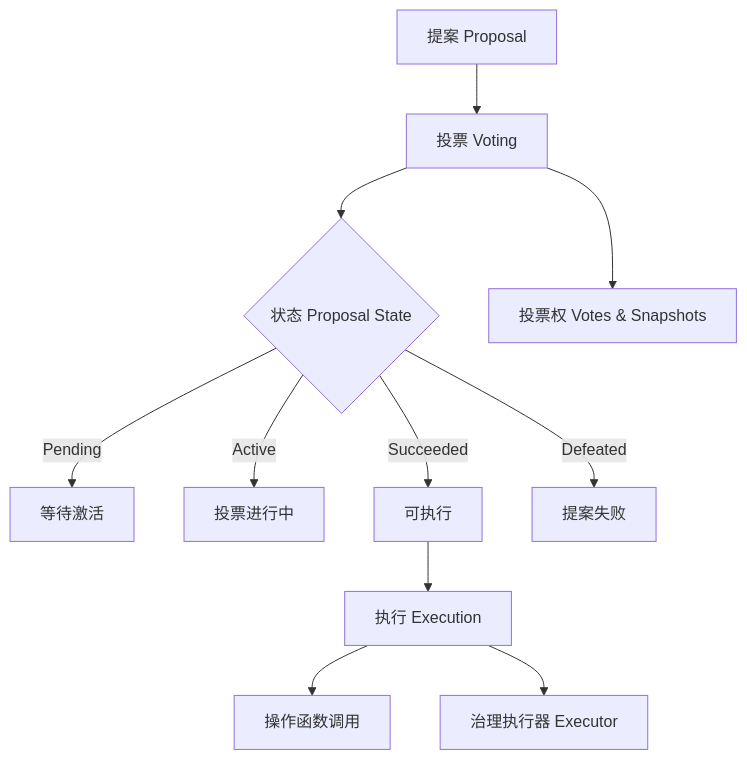
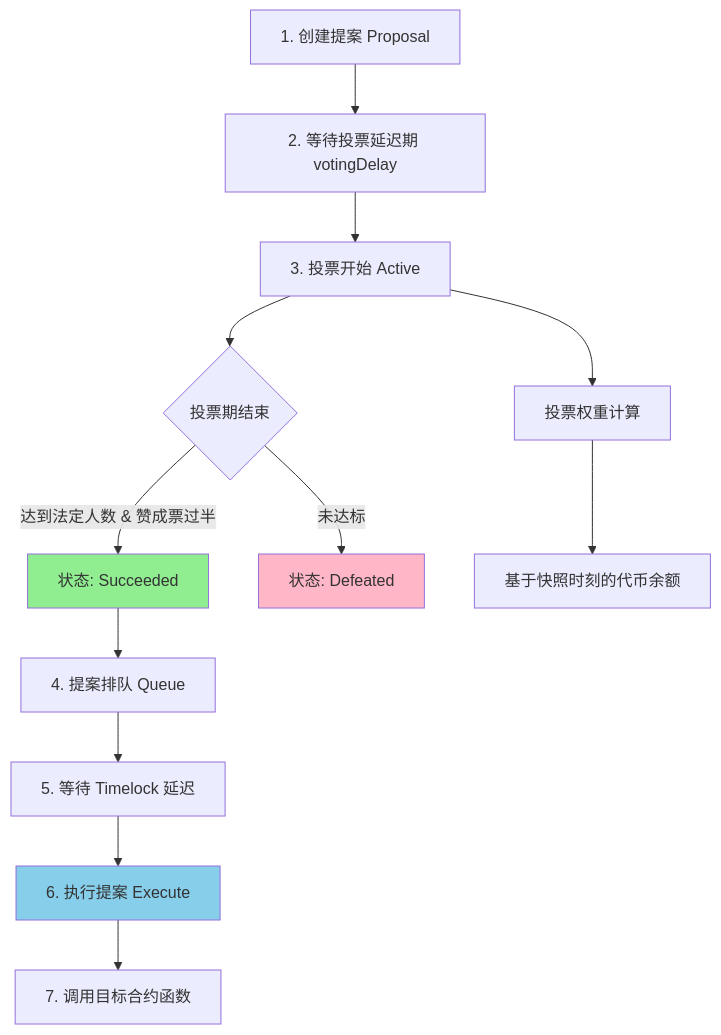
Before and after one commit to nonfan/blockchain-docs: the diagram in docs/ethereum/solidity/ecosystem/openzeppelin/05_governance.md, drawn with Mermaid. The commit also changed other lines of this file and 14 other files, not shown here.

````diff
--- a/docs/ethereum/solidity/ecosystem/openzeppelin/05_governance.md
+++ b/docs/ethereum/solidity/ecosystem/openzeppelin/05_governance.md
@@ -18,13 +40,19 @@
 ```mermaid
 graph TD
-    A[提案 Proposal] --> B[投票 Voting]
-    B --> C{状态 Proposal State}
-    C -->|Pending| D[等待激活]
-    C -->|Active| E[投票进行中]
-    C -->|Succeeded| F[可执行]
-    C -->|Defeated| G[提案失败]
-    F --> H[执行 Execution]
-    H --> I[操作函数调用]
-    B --> J[投票权 Votes & Snapshots]
-    H --> K[治理执行器 Executor]
+    A[1. 创建提案 Proposal] --> B[2. 等待投票延迟期 votingDelay]
+    B --> C[3. 投票开始 Active]
+    C --> D{投票期结束}
+    D -->|达到法定人数 & 赞成票过半| E[状态: Succeeded]
+    D -->|未达标| F[状态: Defeated]
+    E --> G[4. 提案排队 Queue]
+    G --> H[5. 等待 Timelock 延迟]
+    H --> I[6. 执行提案 Execute]
+    I --> J[7. 调用目标合约函数]
+
+    C --> K[投票权重计算]
+    K --> L[基于快照时刻的代币余额]
+
+    style E fill:#90EE90
+    style F fill:#FFB6C6
+    style I fill:#87CEEB
 ```
````
